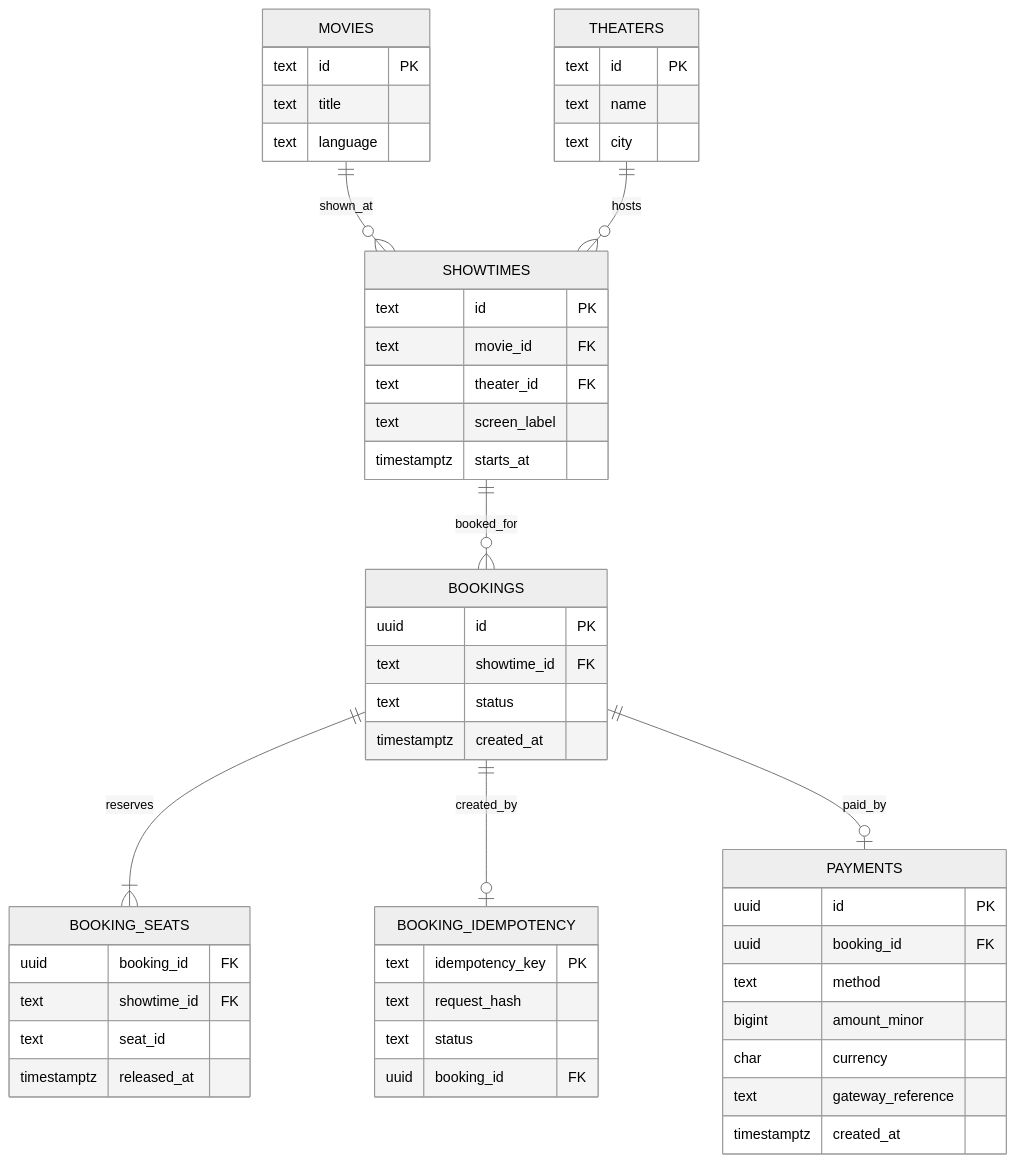
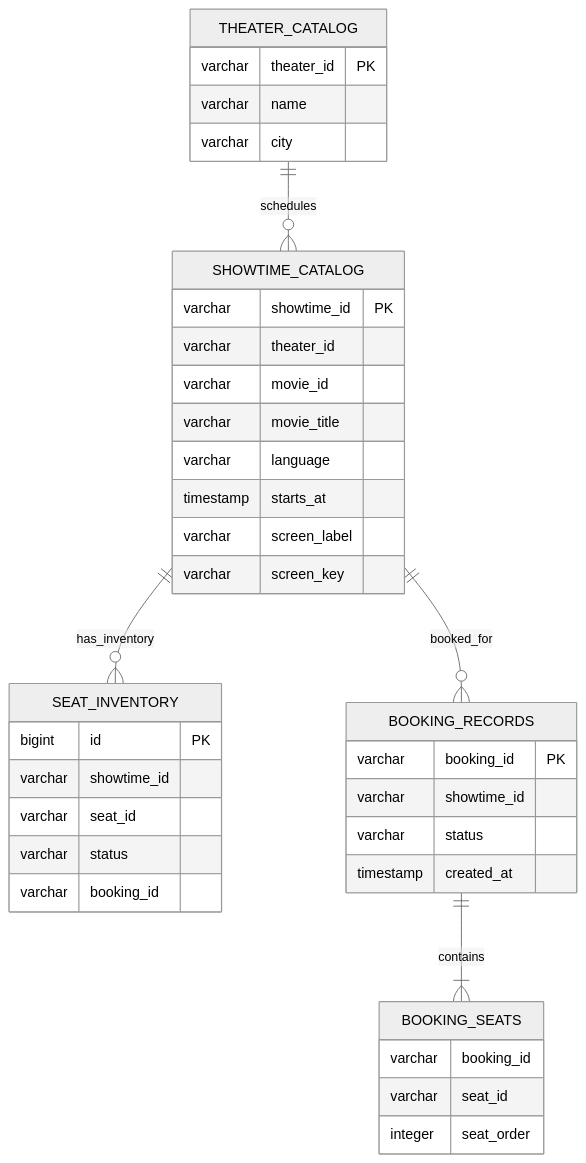
Before and after one commit to Priyanshijain123/BookMyShow: the diagram in docs/schema.md, drawn with Mermaid (neutral theme). The commit also changed other lines of this file and 34 other files, not shown here.

````diff
--- a/docs/schema.md
+++ b/docs/schema.md
@@ -5,54 +19,40 @@
 ```mermaid
 erDiagram
-    MOVIES ||--o{ SHOWTIMES : shown_at
-    THEATERS ||--o{ SHOWTIMES : hosts
-    SHOWTIMES ||--o{ BOOKINGS : booked_for
-    BOOKINGS ||--|{ BOOKING_SEATS : reserves
-    BOOKINGS ||--o| BOOKING_IDEMPOTENCY : created_by
-    BOOKINGS ||--o| PAYMENTS : paid_by
-
-    MOVIES {
-        text id PK
-        text title
-        text language
+    THEATER_CATALOG {
+        varchar theater_id PK
+        varchar name
+        varchar city
     }
-    THEATERS {
-        text id PK
-        text name
-        text city
+    SHOWTIME_CATALOG {
+        varchar showtime_id PK
+        varchar theater_id
+        varchar movie_id
+        varchar movie_title
+        varchar language
+        timestamp starts_at
+        varchar screen_label
+        varchar screen_key
     }
-    SHOWTIMES {
-        text id PK
-        text movie_id FK
-        text theater_id FK
-        text screen_label
-        timestamptz starts_at
+    SEAT_INVENTORY {
+        bigint id PK
+        varchar showtime_id
+        varchar seat_id
+        varchar status
+        varchar booking_id
     }
-    BOOKINGS {
-        uuid id PK
-        text showtime_id FK
-        text status
-        timestamptz created_at
+    BOOKING_RECORDS {
+        varchar booking_id PK
+        varchar showtime_id
+        varchar status
+        timestamp created_at
     }
     BOOKING_SEATS {
-        uuid booking_id FK
-        text showtime_id FK
-        text seat_id
-        timestamptz released_at
+        varchar booking_id
+        varchar seat_id
+        integer seat_order
     }
-    BOOKING_IDEMPOTENCY {
-        text idempotency_key PK
-        text request_hash
-        text status
-        uuid booking_id FK
-    }
-    PAYMENTS {
-        uuid id PK
-        uuid booking_id FK
-        text method
-        bigint amount_minor
-        char currency
-        text gateway_reference
-        timestamptz created_at
-    }
+    THEATER_CATALOG ||--o{ SHOWTIME_CATALOG : schedules
+    SHOWTIME_CATALOG ||--o{ SEAT_INVENTORY : has_inventory
+    SHOWTIME_CATALOG ||--o{ BOOKING_RECORDS : booked_for
+    BOOKING_RECORDS ||--|{ BOOKING_SEATS : contains
 ```
````
